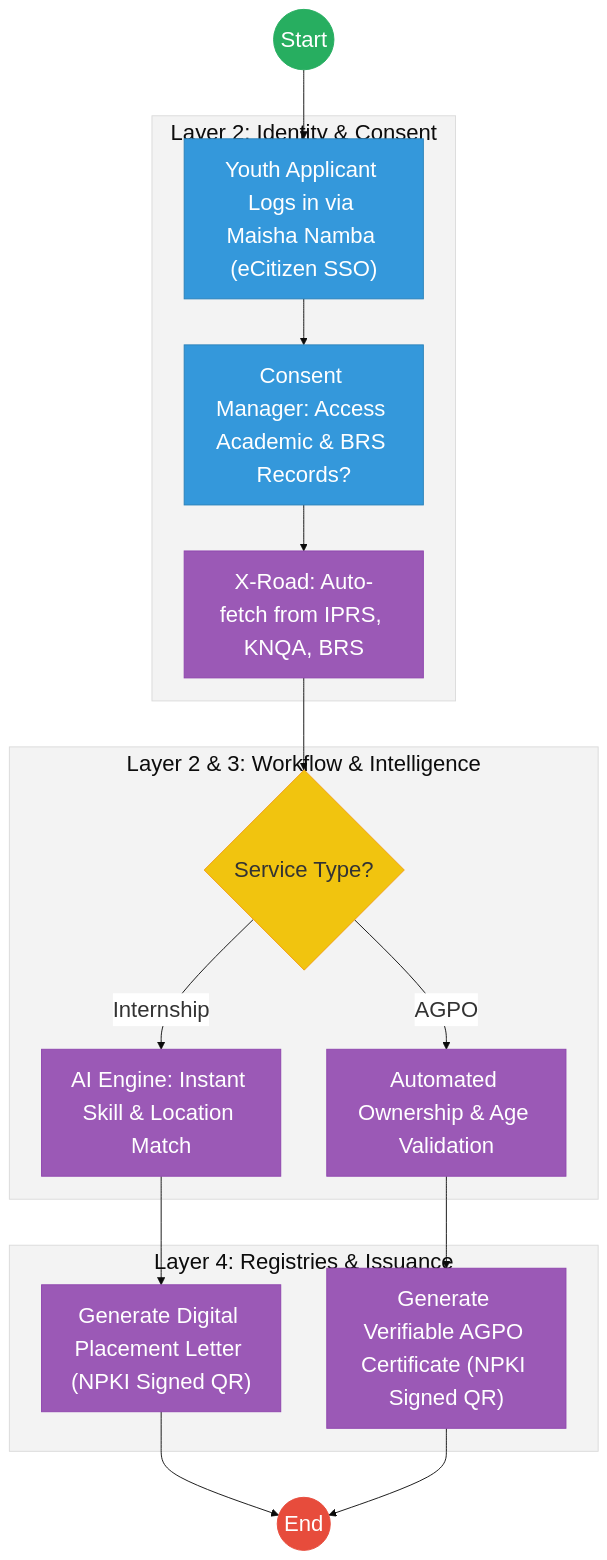
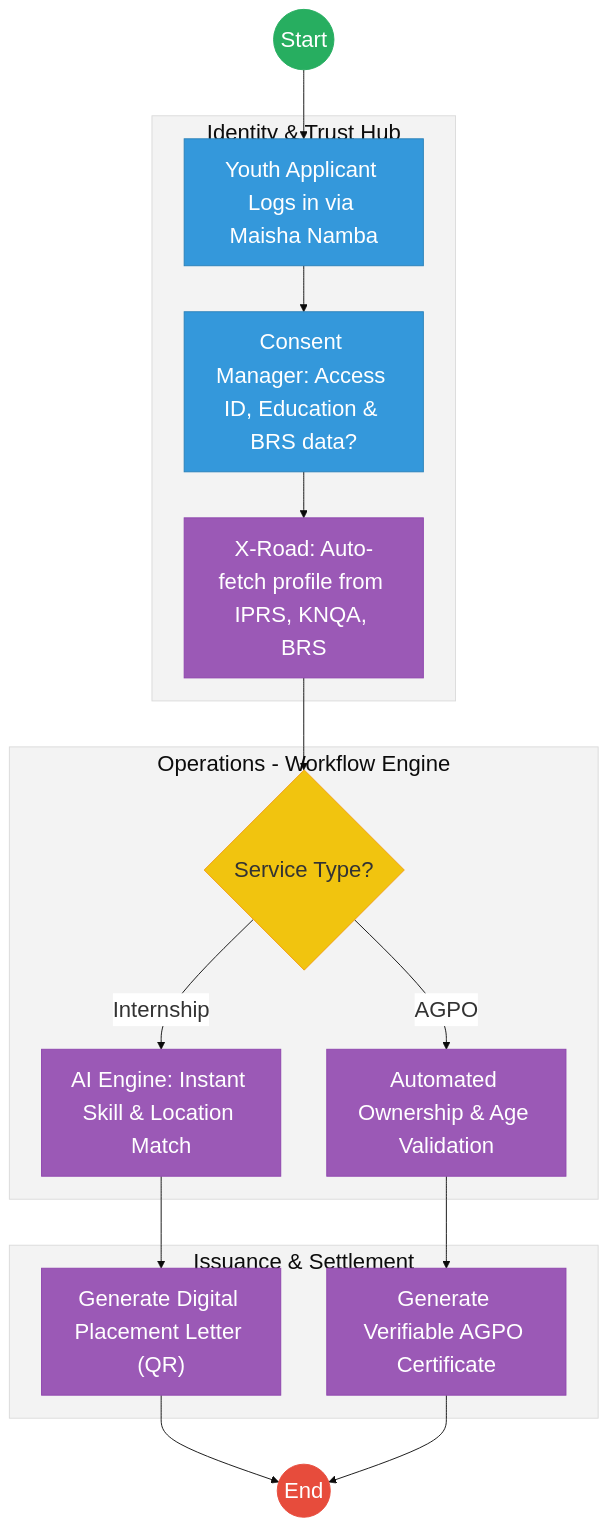
The second of 2 diagrams in mdas/docs_final/priority_mdas/Youth_Affairs___Service_Delivery.md (BITZ-IT-Consulting-LTD/ictapoc), drawn with Mermaid before and after one commit. The commit also changed other lines of this file and 90 other files, not shown here.

````diff
--- a/mdas/docs_final/priority_mdas/Youth_Affairs___Service_Delivery.md
+++ b/mdas/docs_final/priority_mdas/Youth_Affairs___Service_Delivery.md
@@ -119,36 +131,36 @@
 ```mermaid
 %%{init: { 'theme': 'base', 'themeVariables': { 'fontSize': '24px', 'fontFamily': 'Inter, system-ui, sans-serif', 'primaryColor': '#ffffff', 'edgeLabelBackground':'#ffffff', 'tertiaryColor': '#f3f3f3', 'mainBkg': '#ffffff', 'nodeBorder': '#333333' } } }%%
 graph TD
-    Start((Start)) --> Portal["Youth Applicant Logs in via Maisha Namba (eCitizen SSO)"]
+    Start((Start)) --> Portal["Youth Applicant Logs in via Maisha Namba"]
     
-    subgraph Trust_Hub["Layer 2: Identity & Consent"]
-        Portal --> Consent["Consent Manager: Access Academic & BRS Records?"]
-        Consent --> XRoad["X-Road: Auto-fetch from IPRS, KNQA, BRS"]
+    subgraph Layer2["Identity & Trust Hub"]
+        Portal --> Consent["Consent Manager: Access ID, Education & BRS data?"]
+        Consent --> XRoad["X-Road: Auto-fetch profile from IPRS, KNQA, BRS"]
     end
     
-    subgraph Operations["Layer 2 & 3: Workflow & Intelligence"]
+    subgraph Layer3["Operations - Workflow Engine"]
         XRoad --> Type{"Service Type?"}
+        
         Type -- "Internship" --> Match["AI Engine: Instant Skill & Location Match"]
         Type -- "AGPO" --> Vetting["Automated Ownership & Age Validation"]
     end
     
-    subgraph Settlement["Layer 4: Registries & Issuance"]
-        Match --> Letter["Generate Digital Placement Letter (NPKI Signed QR)"]
-        Vetting --> Cert["Generate Verifiable AGPO Certificate (NPKI Signed QR)"]
+    subgraph Layer4["Issuance & Settlement"]
+        Match --> Letter["Generate Digital Placement Letter (QR)"]
+        Vetting --> Cert["Generate Verifiable AGPO Certificate"]
     end
     
     Letter --> End((End))
     Cert --> End
 
-    classDef start fill:#27ae60,stroke:#27ae60,color:#fff,font-size:24px;;
-    classDef endNode fill:#e74c3c,stroke:#e74c3c,color:#fff,font-size:24px;;
-    classDef userTask fill:#3498db,stroke:#2980b9,color:#fff,font-size:24px;;
-    classDef serviceTask fill:#9b59b6,stroke:#8e44ad,color:#fff,font-size:24px;;
-    classDef gateway fill:#f1c40f,stroke:#f39c12,color:#333,font-size:24px;;
-    
+    classDef start fill:#27ae60,stroke:#27ae60,color:#fff,font-size:24px,font-size:24px;;
+    classDef endNode fill:#e74c3c,stroke:#e74c3c,color:#fff,font-size:24px,font-size:24px;;
+    classDef userTask fill:#3498db,stroke:#2980b9,color:#fff,font-size:24px,font-size:24px;;
+    classDef serviceTask fill:#9b59b6,stroke:#8e44ad,color:#fff,font-size:24px,font-size:24px;;
+    classDef gateway fill:#f1c40f,stroke:#f39c12,color:#333,font-size:24px,font-size:24px;;
     class Start start;
     class End endNode;
     class Type gateway;
     class Portal,Consent userTask;
     class XRoad,Match,Vetting,Letter,Cert serviceTask;
 ```
````
